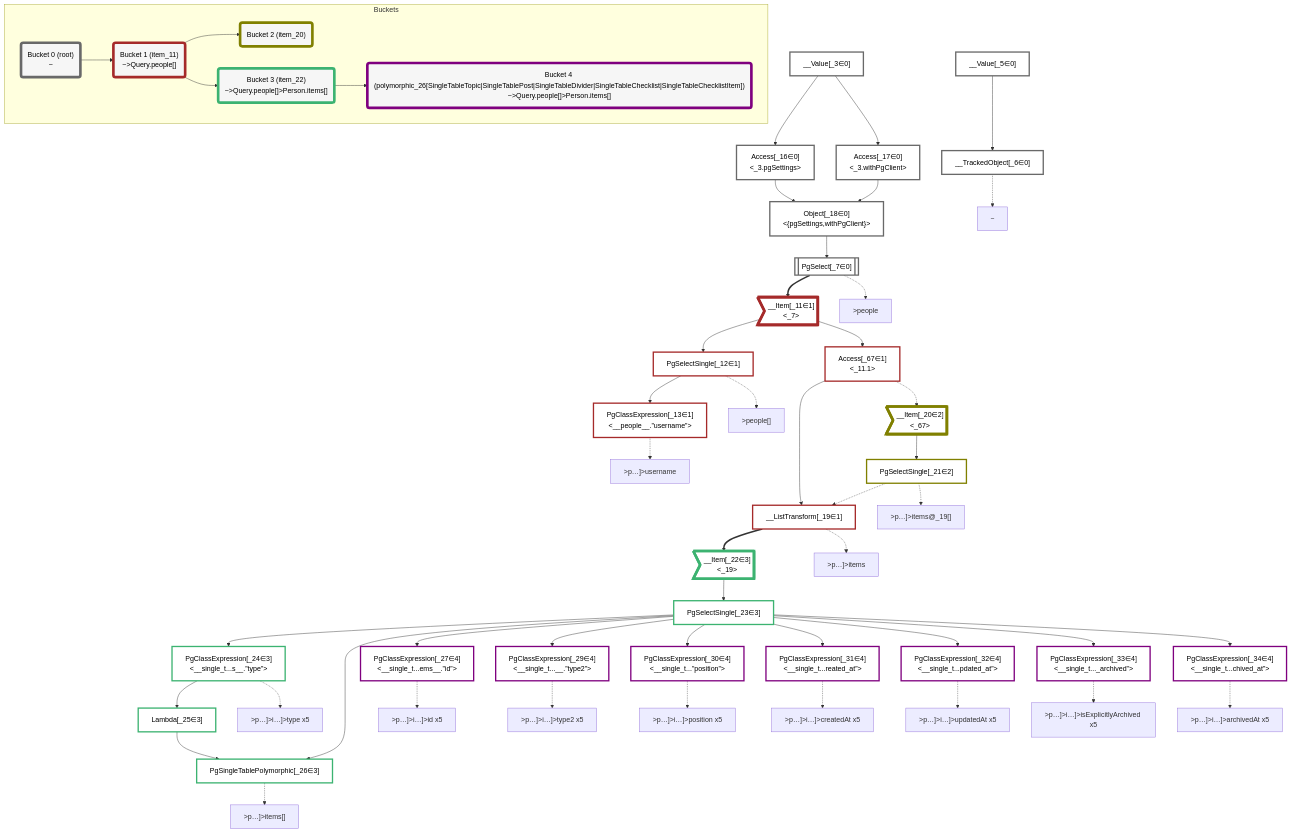
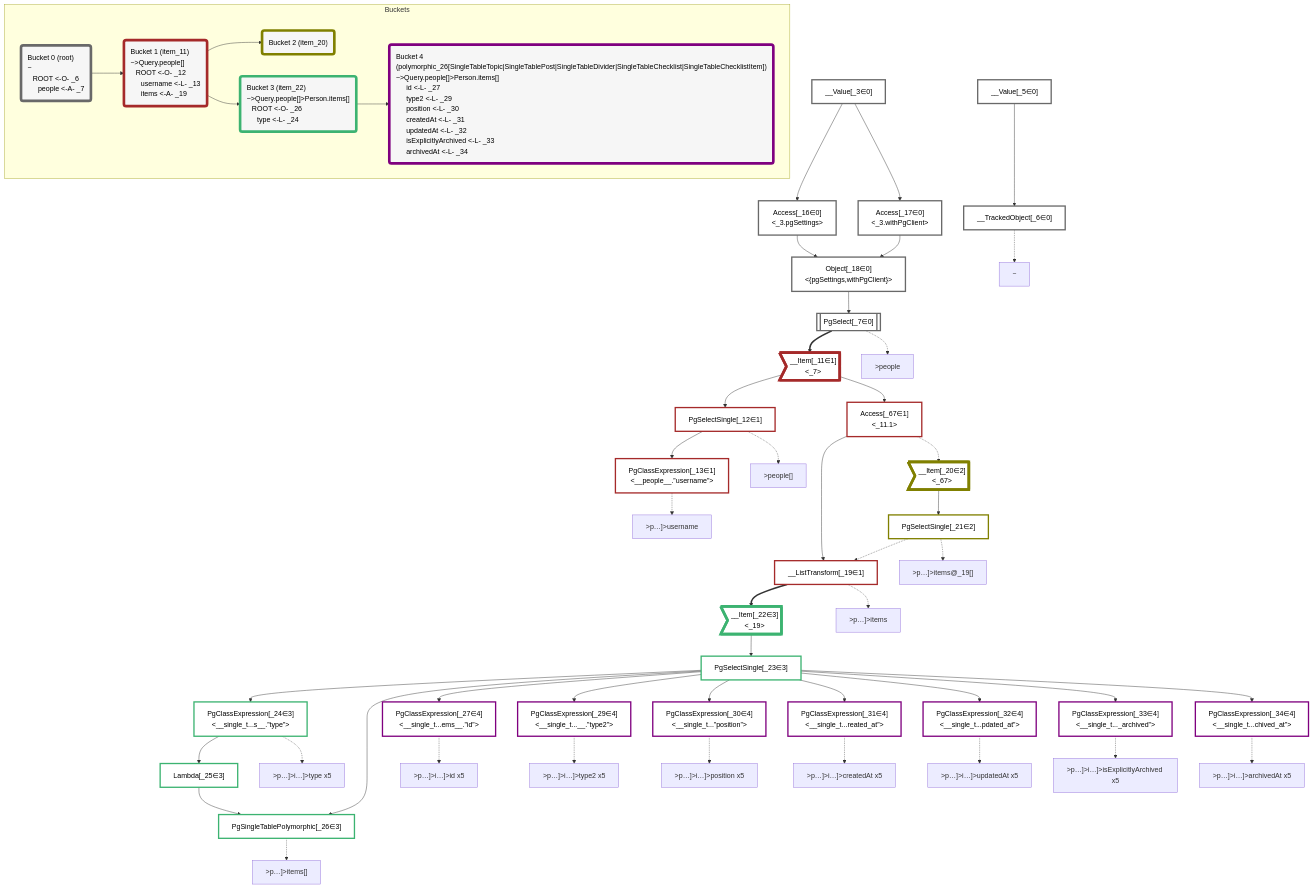
Before and after one commit to graphile/crystal: the diagram in packages/dataplan-pg/__tests__/queries/interfaces-single-table/basics.mermaid.md, drawn with Mermaid. The commit also changed 195 other files, not shown here.

```diff
--- a/packages/dataplan-pg/__tests__/queries/interfaces-single-table/basics.mermaid.md
+++ b/packages/dataplan-pg/__tests__/queries/interfaces-single-table/basics.mermaid.md
@@ -4,7 +4,7 @@
     classDef plan fill:#fff,stroke-width:3px,color:#000
     classDef itemplan fill:#fff,stroke-width:6px,color:#000
     classDef sideeffectplan fill:#f00,stroke-width:6px,color:#000
-    classDef bucket fill:#f6f6f6,color:#000,stroke-width:6px
+    classDef bucket fill:#f6f6f6,color:#000,stroke-width:6px,text-align:left
 
 
     %% define plans
@@ -109,18 +109,18 @@
     class PgClassExpression_27,PgClassExpression_29,PgClassExpression_30,PgClassExpression_31,PgClassExpression_32,PgClassExpression_33,PgClassExpression_34 bucket4
 
     subgraph Buckets
-    Bucket0("Bucket 0 (root)<br />~"):::bucket
+    Bucket0("Bucket 0 (root)<br />~<br />⠀ROOT <-O- _6<br />⠀⠀people <-A- _7"):::bucket
     style Bucket0 stroke:#696969
-    Bucket1("Bucket 1 (item_11)<br />~>Query.people[]"):::bucket
+    Bucket1("Bucket 1 (item_11)<br />~>Query.people[]<br />⠀ROOT <-O- _12<br />⠀⠀username <-L- _13<br />⠀⠀items <-A- _19"):::bucket
     style Bucket1 stroke:#a52a2a
     Bucket0 --> Bucket1
     Bucket2("Bucket 2 (item_20)"):::bucket
     style Bucket2 stroke:#808000
     Bucket1 --> Bucket2
-    Bucket3("Bucket 3 (item_22)<br />~>Query.people[]>Person.items[]"):::bucket
+    Bucket3("Bucket 3 (item_22)<br />~>Query.people[]>Person.items[]<br />⠀ROOT <-O- _26<br />⠀⠀type <-L- _24"):::bucket
     style Bucket3 stroke:#3cb371
     Bucket1 --> Bucket3
-    Bucket4("Bucket 4 (polymorphic_26[SingleTableTopic|SingleTablePost|SingleTableDivider|SingleTableChecklist|SingleTableChecklistItem])<br />~>Query.people[]>Person.items[]"):::bucket
+    Bucket4("Bucket 4 (polymorphic_26[SingleTableTopic|SingleTablePost|SingleTableDivider|SingleTableChecklist|SingleTableChecklistItem])<br />~>Query.people[]>Person.items[]<br />⠀⠀id <-L- _27<br />⠀⠀type2 <-L- _29<br />⠀⠀position <-L- _30<br />⠀⠀createdAt <-L- _31<br />⠀⠀updatedAt <-L- _32<br />⠀⠀isExplicitlyArchived <-L- _33<br />⠀⠀archivedAt <-L- _34"):::bucket
     style Bucket4 stroke:#7f007f
     Bucket3 --> Bucket4
     end
```
